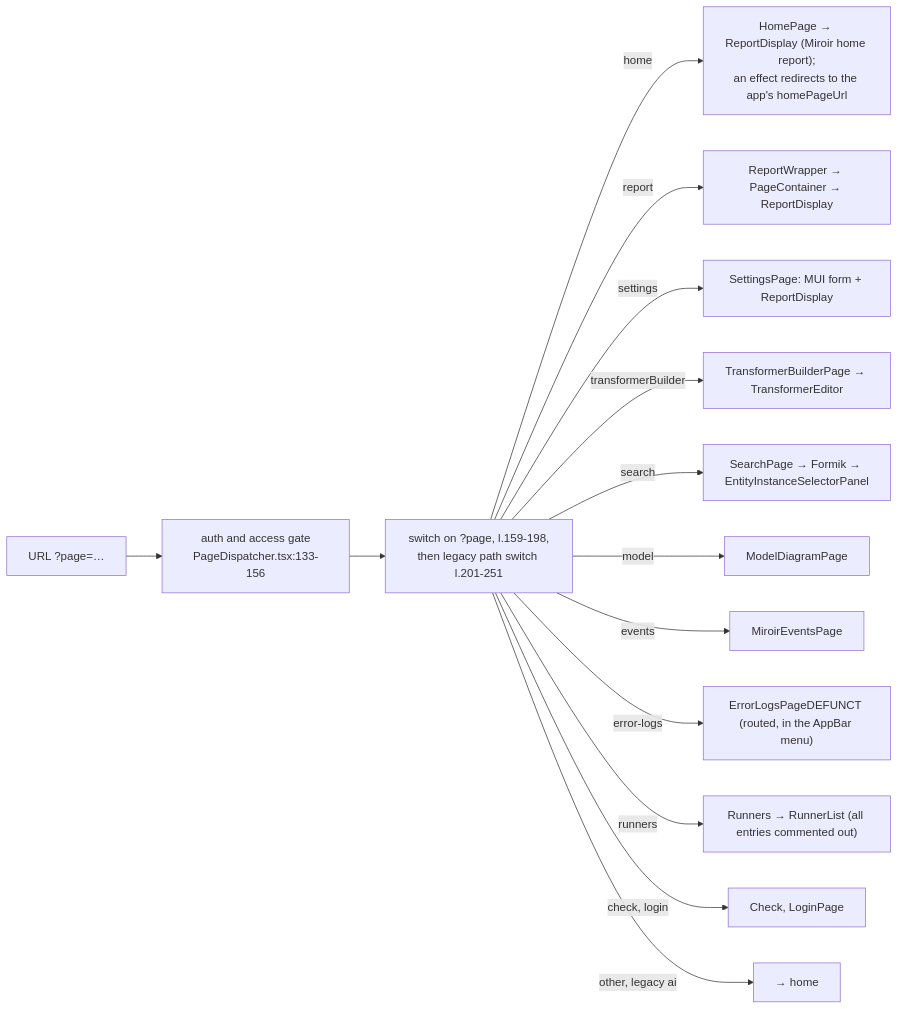
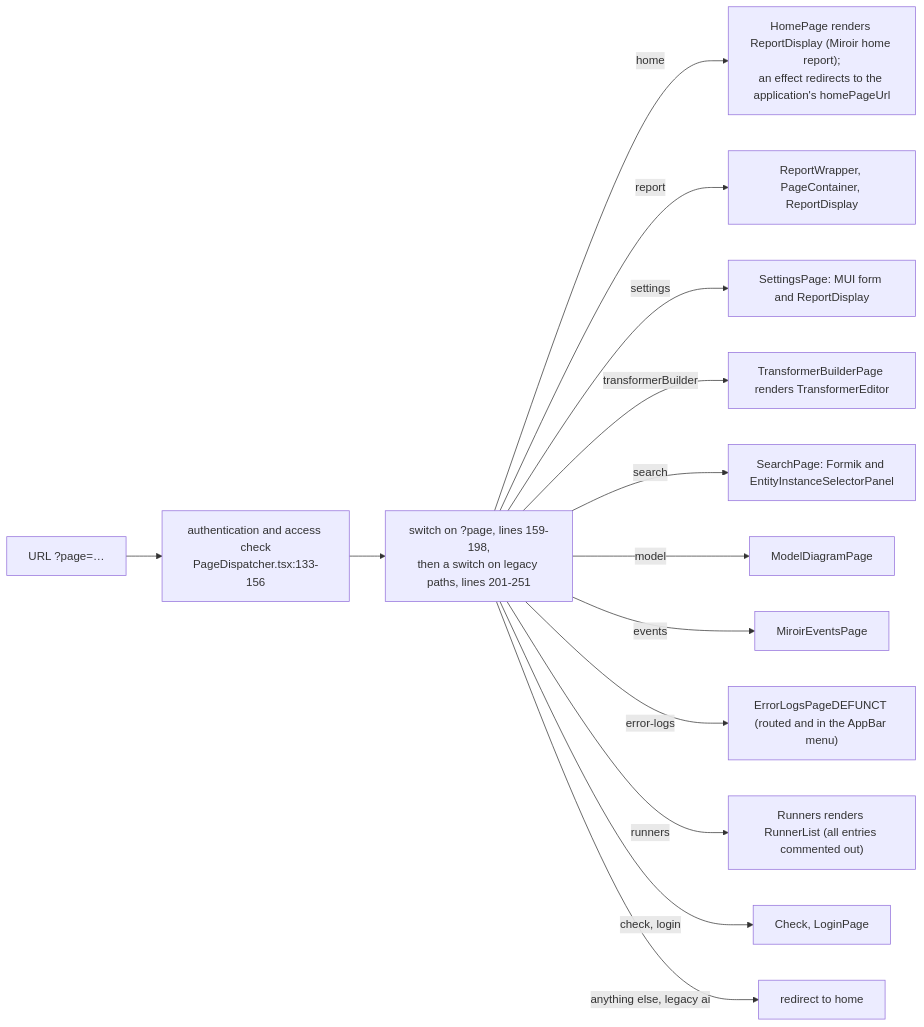
One commit to miroir-framework/miroir changed the third of 7 diagrams in code-helpers/analyses/2026-10-06-UI structure/analysis.md. Above: the diagram before and after it, drawn with Mermaid. The commit also changed other lines of this file and 1 other file, not shown here.

First line of the commit message:
Rewrite the UI architecture review in plain language

````diff
--- a/code-helpers/analyses/2026-10-06-UI structure/analysis.md
+++ b/code-helpers/analyses/2026-10-06-UI structure/analysis.md
@@ -92,16 +94,16 @@
 ```mermaid
 flowchart LR
-  url["URL ?page=…"] --> gate["auth and access gate<br/>PageDispatcher.tsx:133-156"]
-  gate --> pd["switch on ?page, l.159-198,<br/>then legacy path switch l.201-251"]
-  pd -->|home| home["HomePage → ReportDisplay (Miroir home report);<br/>an effect redirects to the app's homePageUrl"]
-  pd -->|report| rep["ReportWrapper → PageContainer → ReportDisplay"]
-  pd -->|settings| set["SettingsPage: MUI form + ReportDisplay"]
-  pd -->|transformerBuilder| tb["TransformerBuilderPage → TransformerEditor"]
-  pd -->|search| se["SearchPage → Formik → EntityInstanceSelectorPanel"]
+  url["URL ?page=…"] --> gate["authentication and access check<br/>PageDispatcher.tsx:133-156"]
+  gate --> pd["switch on ?page, lines 159-198,<br/>then a switch on legacy paths, lines 201-251"]
+  pd -->|home| home["HomePage renders ReportDisplay (Miroir home report);<br/>an effect redirects to the application's homePageUrl"]
+  pd -->|report| rep["ReportWrapper, PageContainer, ReportDisplay"]
+  pd -->|settings| set["SettingsPage: MUI form and ReportDisplay"]
+  pd -->|transformerBuilder| tb["TransformerBuilderPage renders TransformerEditor"]
+  pd -->|search| se["SearchPage: Formik and EntityInstanceSelectorPanel"]
   pd -->|model| mo["ModelDiagramPage"]
   pd -->|events| ev["MiroirEventsPage"]
-  pd -->|error-logs| el["ErrorLogsPageDEFUNCT (routed, in the AppBar menu)"]
-  pd -->|runners| ru["Runners → RunnerList (all entries commented out)"]
+  pd -->|error-logs| el["ErrorLogsPageDEFUNCT (routed and in the AppBar menu)"]
+  pd -->|runners| ru["Runners renders RunnerList (all entries commented out)"]
   pd -->|check, login| misc["Check, LoginPage"]
-  pd -->|"other, legacy ai"| nav["→ home"]
+  pd -->|"anything else, legacy ai"| nav["redirect to home"]
 ```
````
